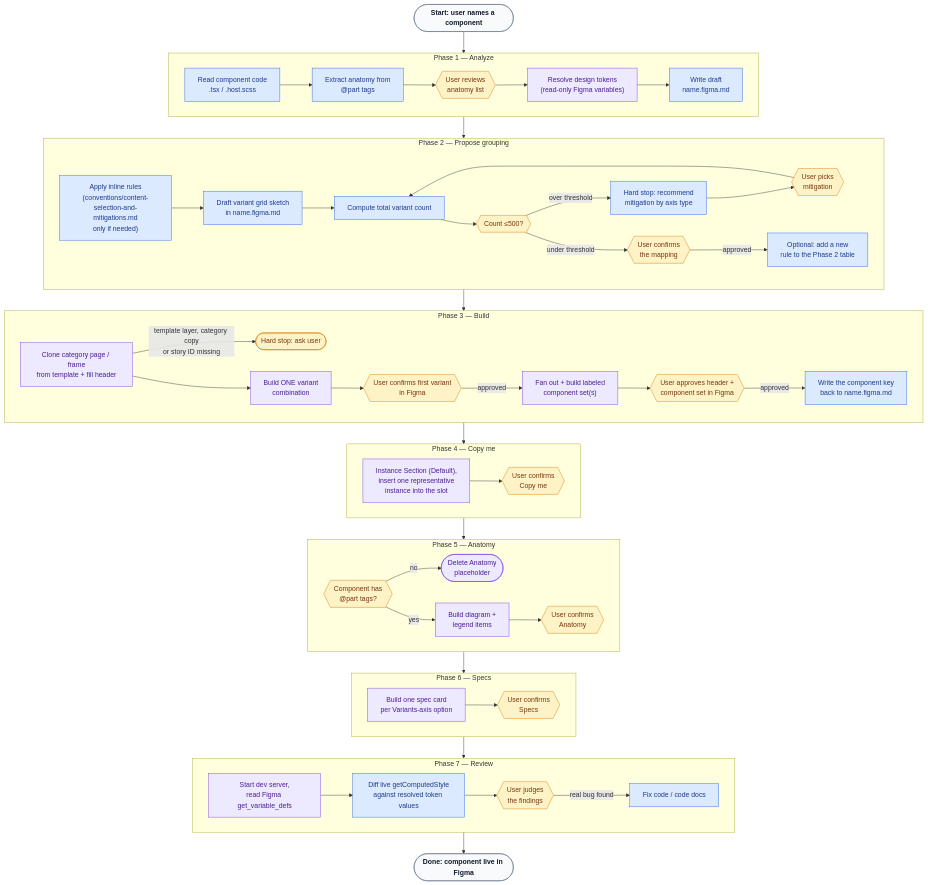
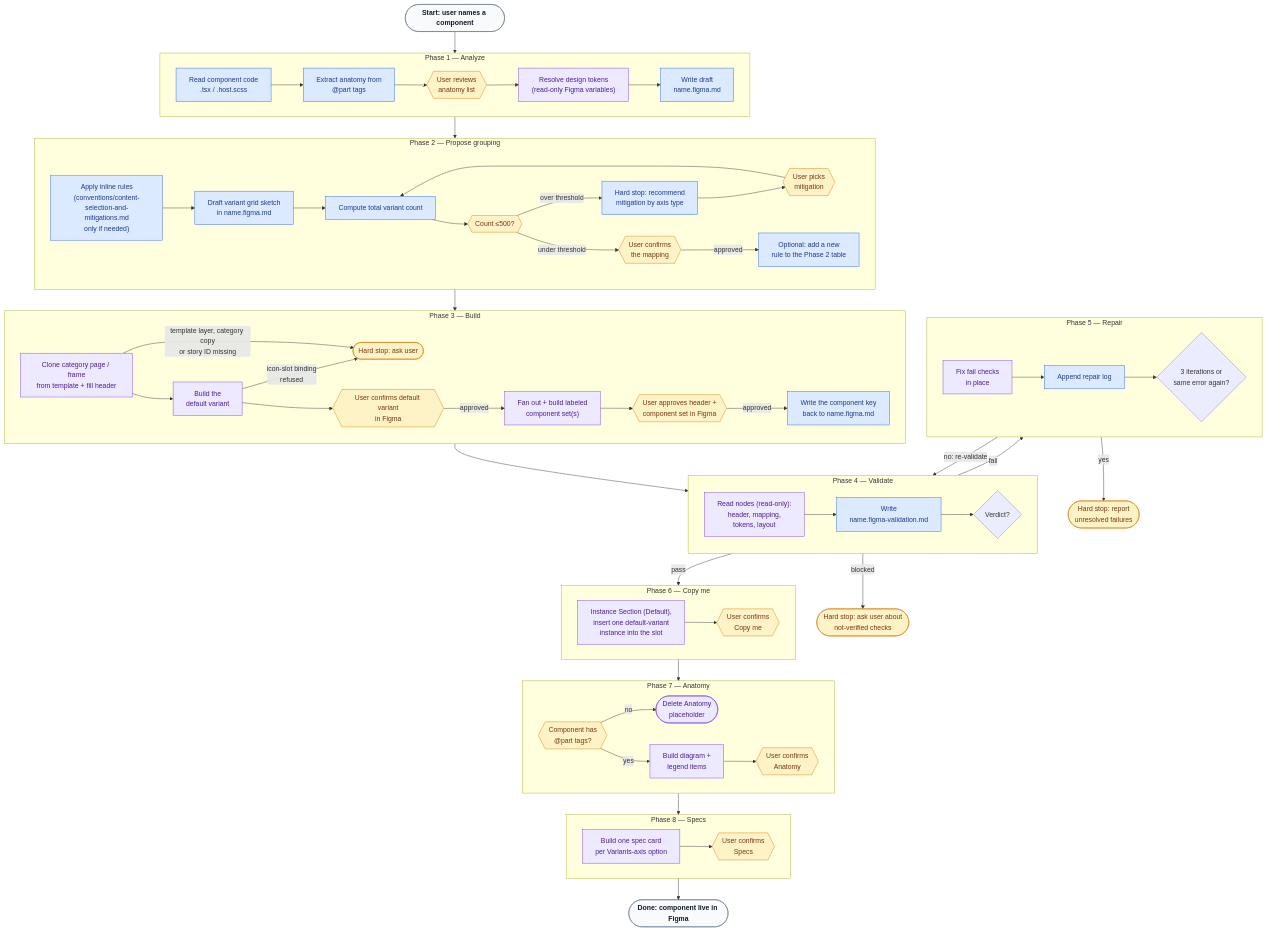
Before and after one commit to helvetia-design/design-system: the diagram in .claude/skills/ds-code-to-figma/SKILL.md, drawn with Mermaid. The commit also changed other lines of this file and 22 other files, not shown here.

````diff
--- a/.claude/skills/ds-code-to-figma/SKILL.md
+++ b/.claude/skills/ds-code-to-figma/SKILL.md
@@ -73,8 +75,9 @@
     subgraph P3G["Phase 3 — Build"]
         direction LR
         P3a["Clone category page / frame<br/>from template + fill header"]:::figma -->|template layer, category copy<br/>or story ID missing| P3h(["Hard stop: ask user"]):::human
-        P3a --> P3b["Build ONE variant<br/>combination"]:::figma
-        P3b --> P3c{{"User confirms first variant<br/>in Figma"}}:::human
+        P3a --> P3b["Build the<br/>default variant"]:::figma
+        P3b -->|icon-slot binding<br/>refused| P3h
+        P3b --> P3c{{"User confirms default variant<br/>in Figma"}}:::human
         P3c -->|approved| P3d["Fan out + build labeled<br/>component set(s)"]:::figma
         P3d --> P3f{{"User approves header +<br/>component set in Figma"}}:::human
         P3f -->|approved| P3e["Write the component key<br/>back to name.figma.md"]:::code
@@ -82,35 +85,45 @@
 
     P3G --> P4G
 
-    subgraph P4G["Phase 4 — Copy me"]
+    subgraph P4G["Phase 4 — Validate"]
         direction LR
-        P4a["Instance Section (Default),<br/>insert one representative<br/>instance into the slot"]:::figma --> P4b{{"User confirms<br/>Copy me"}}:::human
+        P4a["Read nodes (read-only):<br/>header, mapping,<br/>tokens, layout"]:::figma --> P4b["Write<br/>name.figma-validation.md"]:::code
+        P4b --> P4v{"Verdict?"}
     end
 
-    P4G --> P5G
+    P4v -->|fail| P5G
+    P4v -->|blocked| P4h(["Hard stop: ask user about<br/>not-verified checks"]):::human
+    P4v -->|pass| P6G
 
-    subgraph P5G["Phase 5 — Anatomy"]
+    subgraph P5G["Phase 5 — Repair"]
         direction LR
-        P5a{{"Component has<br/>@part tags?"}}:::human -->|no| P5s(["Delete Anatomy<br/>placeholder"]):::figma
-        P5a -->|yes| P5b["Build diagram +<br/>legend items"]:::figma
-        P5b --> P5c{{"User confirms<br/>Anatomy"}}:::human
+        P5a["Fix fail checks<br/>in place"]:::figma --> P5b["Append repair log"]:::code
+        P5b --> P5r{"3 iterations or<br/>same error again?"}
     end
 
-    P5G --> P6G
+    P5r -->|no: re-validate| P4G
+    P5r -->|yes| P5h(["Hard stop: report<br/>unresolved failures"]):::human
 
-    subgraph P6G["Phase 6 — Specs"]
+    subgraph P6G["Phase 6 — Copy me"]
         direction LR
-        P6a["Build one spec card<br/>per Variants-axis option"]:::figma --> P6b{{"User confirms<br/>Specs"}}:::human
+        P6a["Instance Section (Default),<br/>insert one default-variant<br/>instance into the slot"]:::figma --> P6b{{"User confirms<br/>Copy me"}}:::human
     end
 
     P6G --> P7G
 
-    subgraph P7G["Phase 7 — Review"]
+    subgraph P7G["Phase 7 — Anatomy"]
         direction LR
-        P7a["Start dev server,<br/>read Figma get_variable_defs"]:::figma --> P7b["Diff live getComputedStyle<br/>against resolved token values"]:::code
-        P7b --> P7c{{"User judges<br/>the findings"}}:::human
-        P7c -->|real bug found| P7d["Fix code / code docs"]:::code
+        P7a{{"Component has<br/>@part tags?"}}:::human -->|no| P7s(["Delete Anatomy<br/>placeholder"]):::figma
+        P7a -->|yes| P7b["Build diagram +<br/>legend items"]:::figma
+        P7b --> P7c{{"User confirms<br/>Anatomy"}}:::human
     end
 
-    P7G --> Done(["Done: component live in Figma"]):::phase
+    P7G --> P8G
+
+    subgraph P8G["Phase 8 — Specs"]
+        direction LR
+        P8a["Build one spec card<br/>per Variants-axis option"]:::figma --> P8b{{"User confirms<br/>Specs"}}:::human
+    end
+
+    P8G --> Done(["Done: component live in Figma"]):::phase
 ```
````
